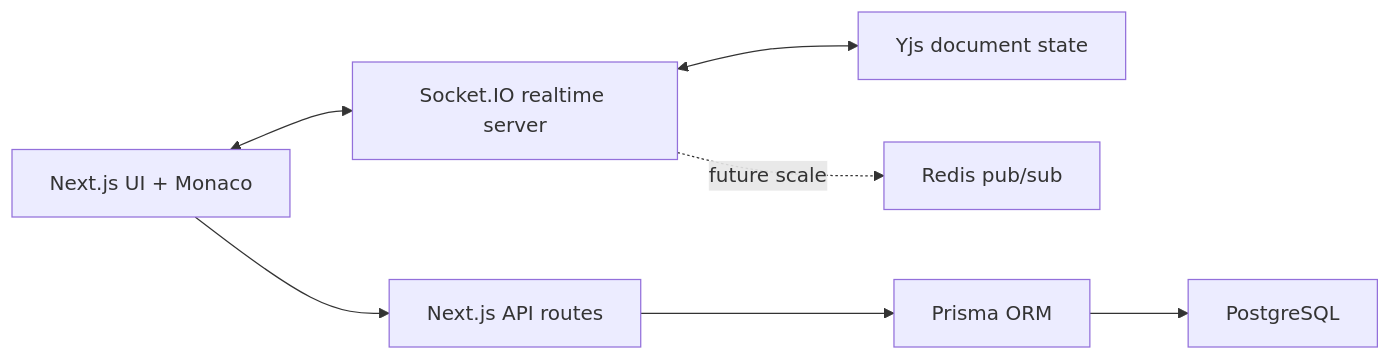
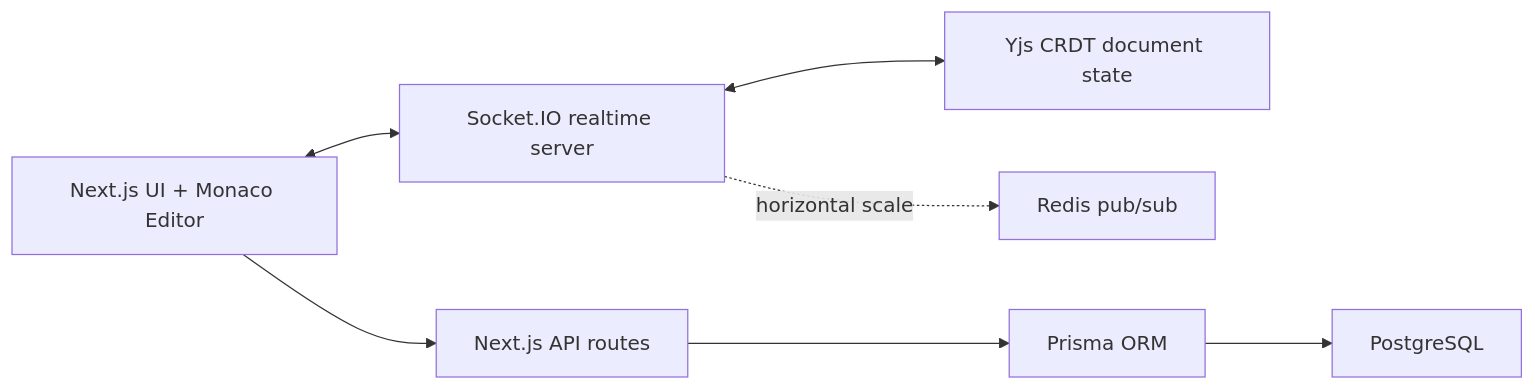
Before and after one commit to vishusharma-rgm/Review-Sync: the diagram in README.md, drawn with Mermaid. The commit also changed other lines of this file and 6 other files, not shown here.

````diff
--- a/README.md
+++ b/README.md
@@ -19,9 +66,9 @@
 ```mermaid
 flowchart LR
-  Browser["Next.js UI + Monaco"] <--> Socket["Socket.IO realtime server"]
-  Socket <--> YDoc["Yjs document state"]
+  Browser["Next.js UI + Monaco Editor"] <--> Socket["Socket.IO realtime server"]
+  Socket <--> YDoc["Yjs CRDT document state"]
   Browser --> API["Next.js API routes"]
   API --> Prisma["Prisma ORM"]
   Prisma --> Postgres["PostgreSQL"]
-  Socket -. future scale .-> Redis["Redis pub/sub"]
+  Socket -. horizontal scale .-> Redis["Redis pub/sub"]
 ```
````
